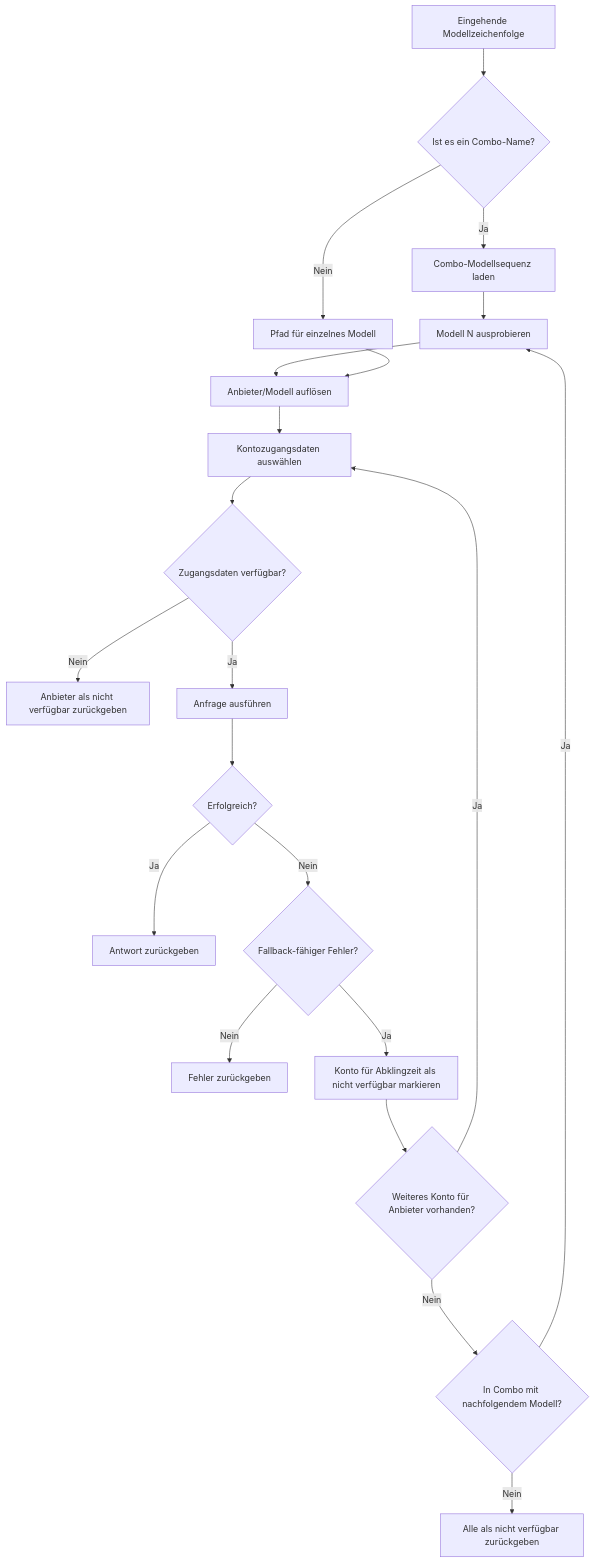
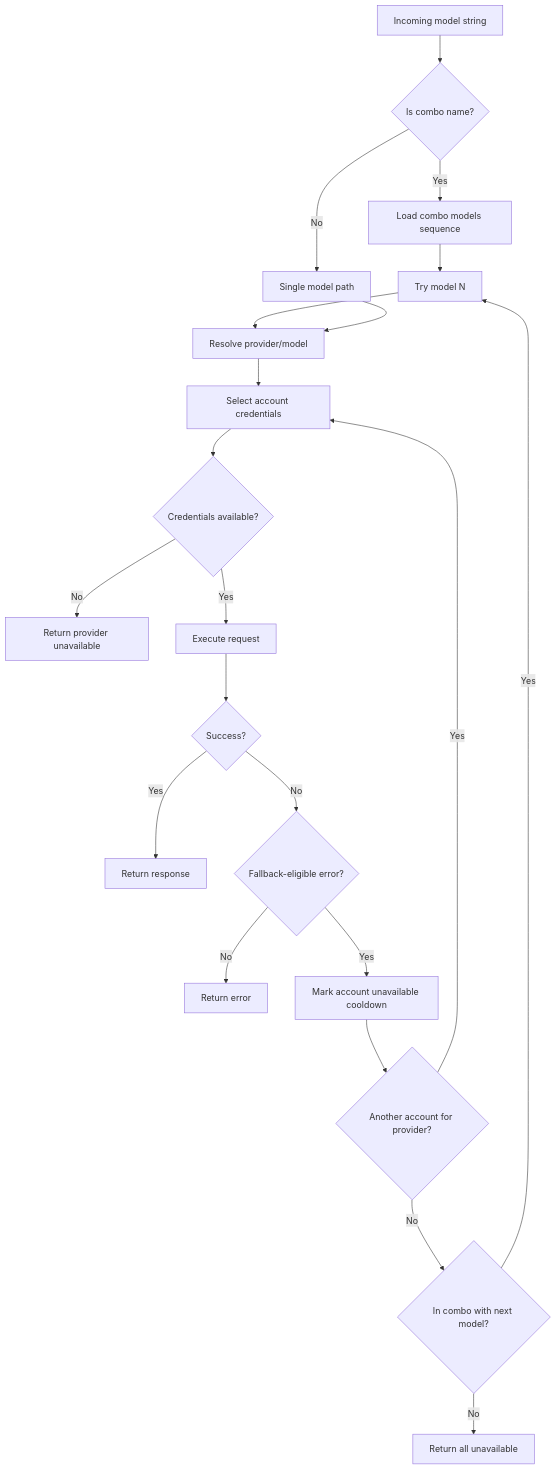
The third of 7 diagrams in docs/i18n/de/docs/architecture/ARCHITECTURE.md (niyatna/NiyatnaRoute), drawn with Mermaid before and after one commit. The commit also changed other lines of this file and 2447 other files, not shown here.

````diff
--- a/docs/i18n/de/docs/architecture/ARCHITECTURE.md
+++ b/docs/i18n/de/docs/architecture/ARCHITECTURE.md
@@ -564,27 +377,27 @@
 ```mermaid
 flowchart TD
-    A[Eingehende Modellzeichenfolge] --> B{Ist es ein Combo-Name?}
-    B -- Ja --> C[Combo-Modellsequenz laden]
-    B -- Nein --> D[Pfad für einzelnes Modell]
+    A[Incoming model string] --> B{Is combo name?}
+    B -- Yes --> C[Load combo models sequence]
+    B -- No --> D[Single model path]
 
-    C --> E[Modell N ausprobieren]
-    E --> F[Anbieter/Modell auflösen]
+    C --> E[Try model N]
+    E --> F[Resolve provider/model]
     D --> F
 
-    F --> G[Kontozugangsdaten auswählen]
-    G --> H{Zugangsdaten verfügbar?}
-    H -- Nein --> I[Anbieter als nicht verfügbar zurückgeben]
-    H -- Ja --> J[Anfrage ausführen]
+    F --> G[Select account credentials]
+    G --> H{Credentials available?}
+    H -- No --> I[Return provider unavailable]
+    H -- Yes --> J[Execute request]
 
-    J --> K{Erfolgreich?}
-    K -- Ja --> L[Antwort zurückgeben]
-    K -- Nein --> M{Fallback-fähiger Fehler?}
+    J --> K{Success?}
+    K -- Yes --> L[Return response]
+    K -- No --> M{Fallback-eligible error?}
 
-    M -- Nein --> N[Fehler zurückgeben]
-    M -- Ja --> O[Konto für Abklingzeit als nicht verfügbar markieren]
-    O --> P{Weiteres Konto für Anbieter vorhanden?}
-    P -- Ja --> G
-    P -- Nein --> Q{In Combo mit nachfolgendem Modell?}
-    Q -- Ja --> E
-    Q -- Nein --> R[Alle als nicht verfügbar zurückgeben]
+    M -- No --> N[Return error]
+    M -- Yes --> O[Mark account unavailable cooldown]
+    O --> P{Another account for provider?}
+    P -- Yes --> G
+    P -- No --> Q{In combo with next model?}
+    Q -- Yes --> E
+    Q -- No --> R[Return all unavailable]
 ```
````
